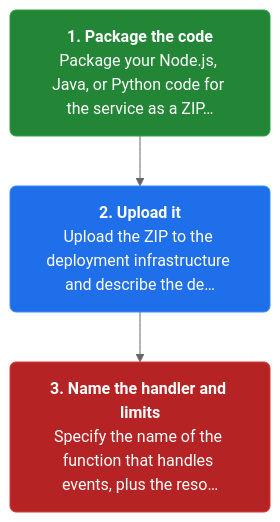
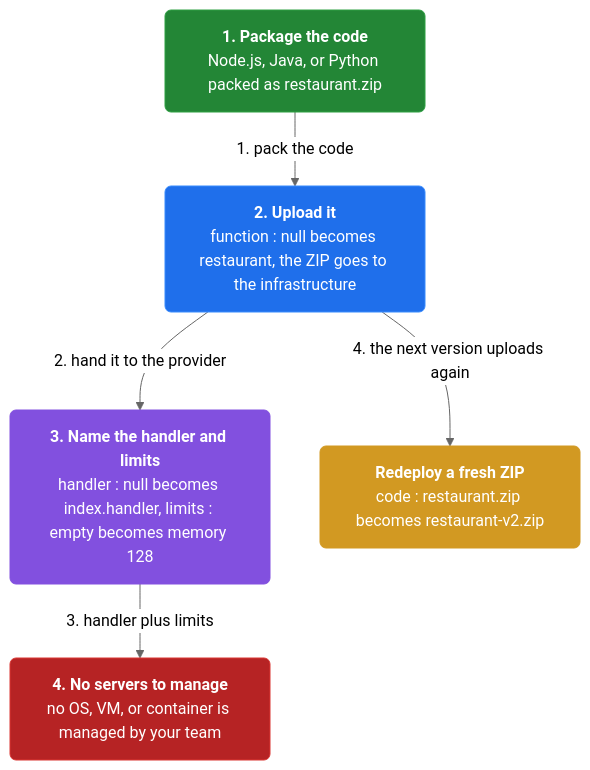
One commit to vinayakuber/microservices-io-study-guide changed the first of 4 diagrams in docs/ch41-serverless-deployment.md. Above: the diagram before and after it, drawn with Mermaid (neutral theme). The commit also changed other lines of this file and 46 other files, not shown here.

First line of the commit message:
Author rich branching flow diagrams for all 44 chapters

````diff
--- a/docs/ch41-serverless-deployment.md
+++ b/docs/ch41-serverless-deployment.md
@@ -13,11 +13,17 @@
 ```mermaid
 flowchart TD
-  classDef step fill:#1f6feb,color:#ffffff,stroke:#388bfd,stroke-width:1px,rx:6
+  classDef step fill:#1f6feb,color:#ffffff,stroke:#388bfd,rx:6
+  classDef core fill:#8250df,color:#ffffff,stroke:#8250df,rx:6
+  classDef warn fill:#d29922,color:#ffffff,stroke:#d29922,rx:6
   classDef start fill:#238636,color:#ffffff,stroke:#2ea043,rx:6
   classDef stop fill:#b62324,color:#ffffff,stroke:#da3633,rx:6
-  s0n0["<b>1. Package the code</b><br/>Package your Node.js, Java, or Python code for the service as a ZIP…"]:::start
-  s0n1["<b>2. Upload it</b><br/>Upload the ZIP to the deployment infrastructure and describe the de…"]:::step
-  s0n2["<b>3. Name the handler and limits</b><br/>Specify the name of the function that handles events, plus the reso…"]:::stop
-  s0n0 --> s0n1
-  s0n1 --> s0n2
+  n0["<b>1. Package the code</b><br/>Node.js, Java, or Python packed as restaurant.zip"]:::start
+  n1["<b>2. Upload it</b><br/>function : null becomes restaurant, the ZIP goes to the infrastructure"]:::step
+  n2["<b>3. Name the handler and limits</b><br/>handler : null becomes index.handler, limits : empty becomes memory 128"]:::core
+  n3["<b>4. No servers to manage</b><br/>no OS, VM, or container is managed by your team"]:::stop
+  n4["<b>Redeploy a fresh ZIP</b><br/>code : restaurant.zip becomes restaurant-v2.zip"]:::warn
+  n0 -->|"1. pack the code"| n1
+  n1 -->|"2. hand it to the provider"| n2
+  n2 -->|"3. handler plus limits"| n3
+  n1 -->|"4. the next version uploads again"| n4
 ```
````
